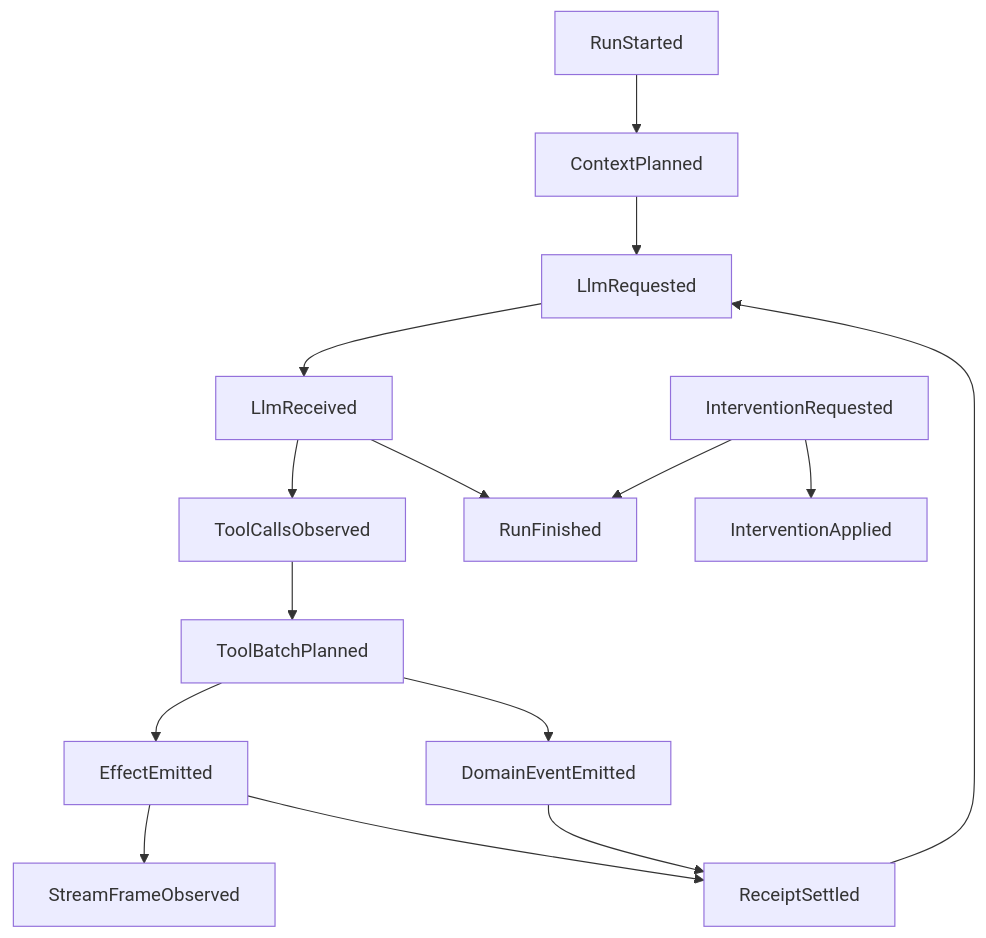
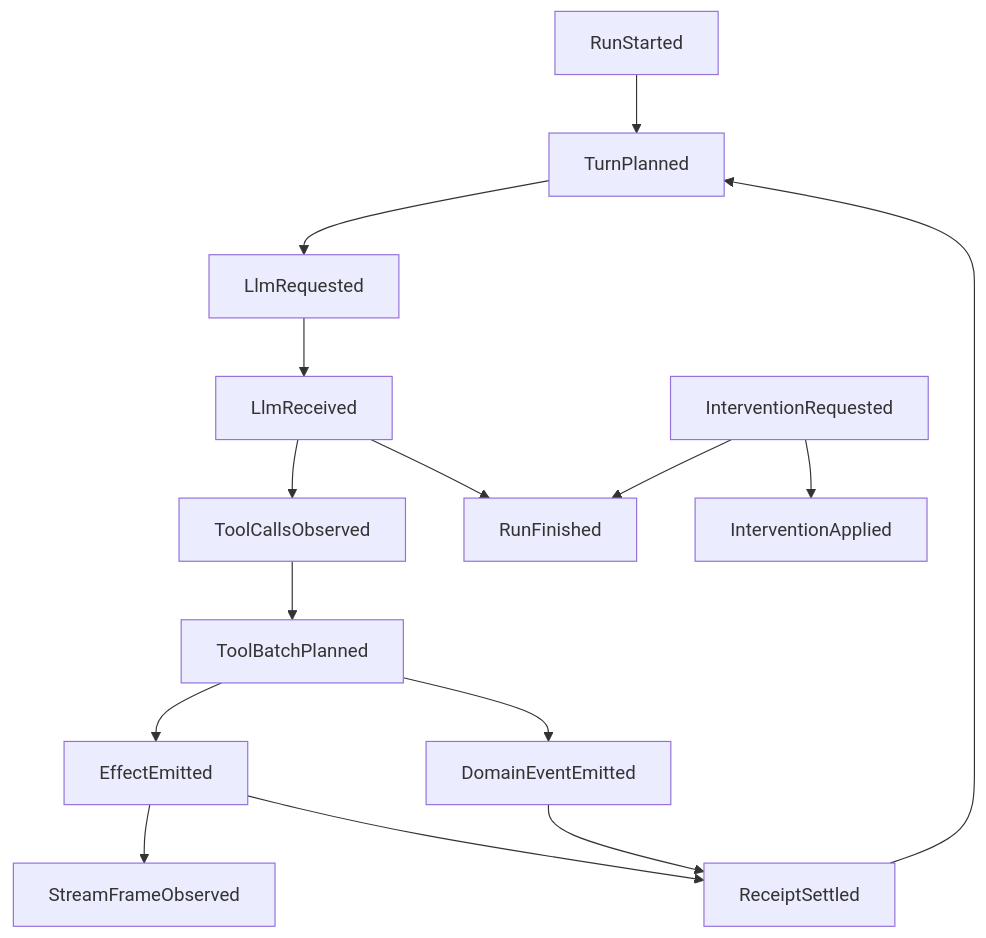
One commit to smartcomputer-ai/agent-os changed diagram 16 of 22 in roadmap/v0.30-agent/visual-guide.md. Above: the diagram before and after it, drawn with Mermaid. The commit also changed other lines of this file, not shown here.

````diff
--- a/roadmap/v0.30-agent/visual-guide.md
+++ b/roadmap/v0.30-agent/visual-guide.md
@@ -1182,17 +1244,17 @@
 ```mermaid
 flowchart TD
-  RunStarted --> ContextPlanned
-  ContextPlanned --> LlmRequested
+  RunStarted --> TurnPlanned
+  TurnPlanned --> LlmRequested
   LlmRequested --> LlmReceived
   LlmReceived --> ToolCallsObserved
   ToolCallsObserved --> ToolBatchPlanned
   ToolBatchPlanned --> EffectEmitted
   ToolBatchPlanned --> DomainEventEmitted
   EffectEmitted --> StreamFrameObserved
   EffectEmitted --> ReceiptSettled
   DomainEventEmitted --> ReceiptSettled
-  ReceiptSettled --> LlmRequested
+  ReceiptSettled --> TurnPlanned
   LlmReceived --> RunFinished
   InterventionRequested --> InterventionApplied
   InterventionRequested --> RunFinished
 ```
````
